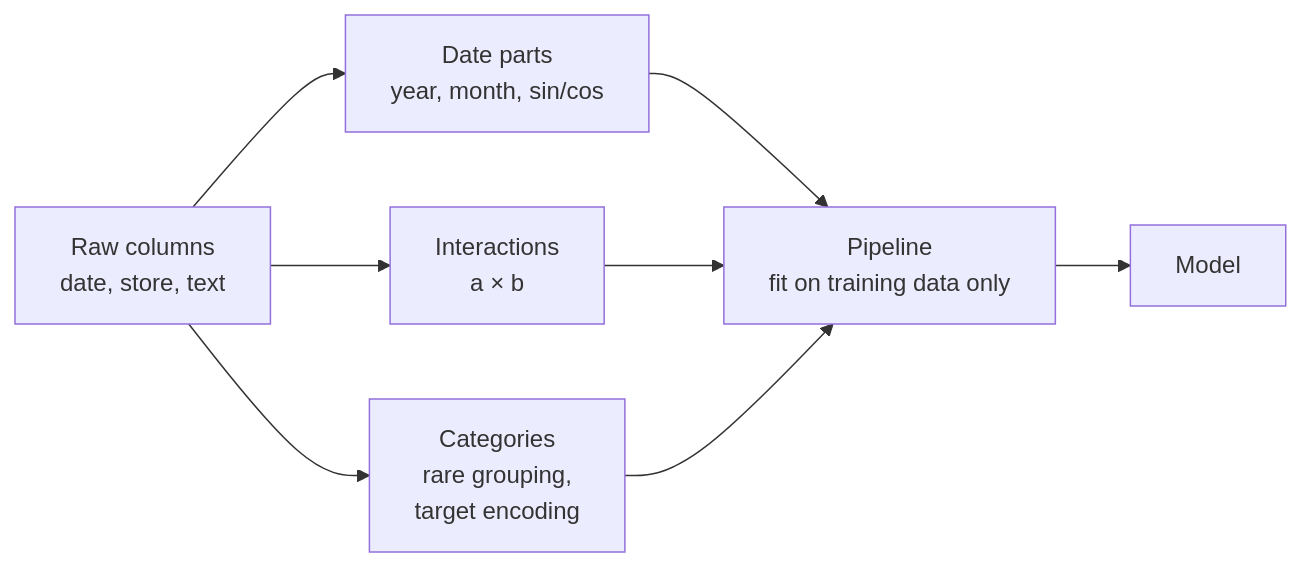
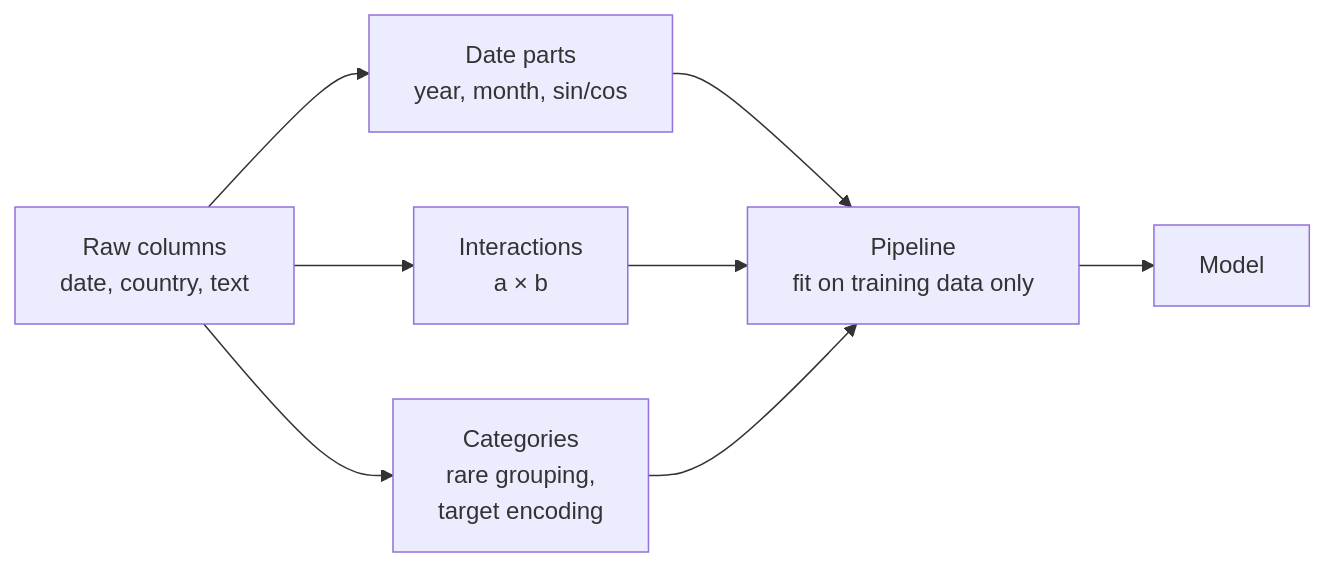
The first of 3 diagrams in sessions/09-feature-engineering-and-imbalance/theory/01-dates-interactions-and-categories.md (khoadaniel/statistical-programming-mpmd-htw-ws-2026), drawn with Mermaid before and after one commit. The commit also changed other lines of this file and 268 other files, not shown here.

````diff
--- a/sessions/09-feature-engineering-and-imbalance/theory/01-dates-interactions-and-categories.md
+++ b/sessions/09-feature-engineering-and-imbalance/theory/01-dates-interactions-and-categories.md
@@ -8,10 +8,10 @@
 ```mermaid
 flowchart LR
-    raw["Raw columns<br/>date, store, text"] --> d["Date parts<br/>year, month, sin/cos"]
+    raw["Raw columns<br/>date, country, text"] --> d["Date parts<br/>year, month, sin/cos"]
     raw --> i["Interactions<br/>a × b"]
     raw --> c["Categories<br/>rare grouping,<br/>target encoding"]
     d --> p["Pipeline<br/>fit on training data only"]
     i --> p
     c --> p
     p --> m["Model"]
 ```
````
